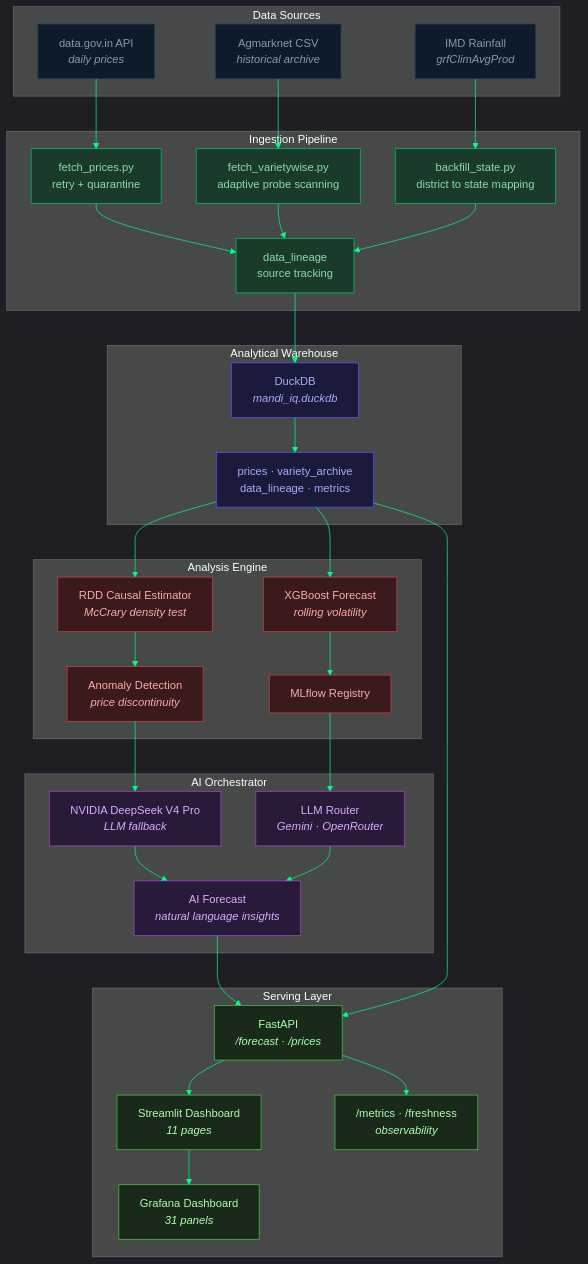
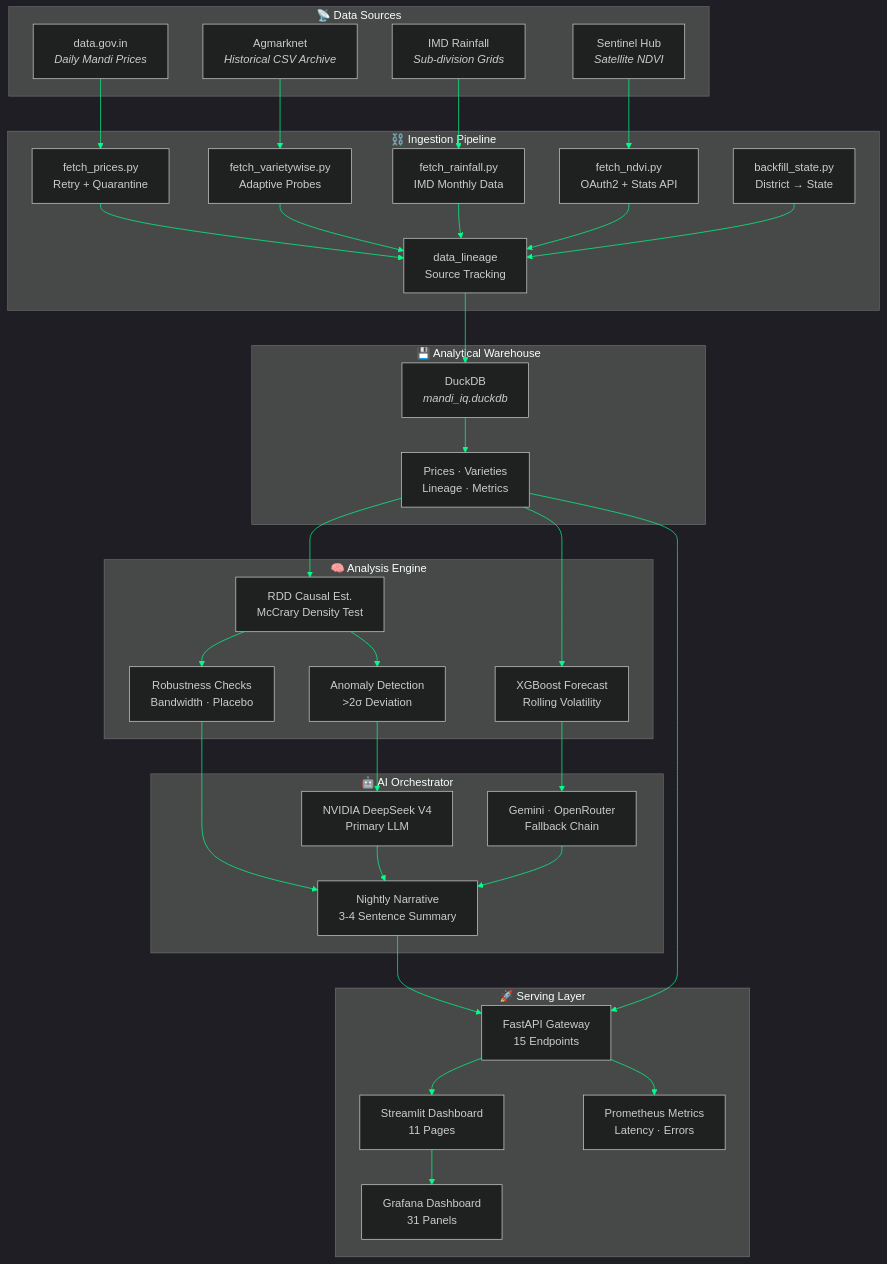
The diagram in README.md (flawsom/test-mandi), drawn with Mermaid before and after one commit. The commit also changed other lines of this file and 37 other files, not shown here.

````diff
--- a/README.md
+++ b/README.md
@@ -28,76 +258,70 @@
 ```mermaid
-%%{init: {'theme': 'dark', 'themeVariables': { 'primaryColor': '#1a1a2e', 'primaryTextColor': '#e0e0e0', 'lineColor': '#00ff88' }}}%%
-graph TB
-    subgraph Data_Sources["Data Sources"]
-        A1["data.gov.in API<br/><i>daily prices</i>"]
-        A2["Agmarknet CSV<br/><i>historical archive</i>"]
-        A3["IMD Rainfall<br/><i>grfClimAvgProd</i>"]
+%%{init: {'theme': 'dark', 'themeVariables': { 'primaryColor': '#0B0F1E', 'primaryTextColor': '#E0E0E0', 'lineColor': '#00FF88', 'secondaryColor': '#1A3A2A', 'tertiaryColor': '#1A1A3A' }}}%%
+flowchart TB
+    subgraph Sources["📡 Data Sources"]
+        A1["data.gov.in<br/><i>Daily Mandi Prices</i>"]
+        A2["Agmarknet<br/><i>Historical CSV Archive</i>"]
+        A3["IMD Rainfall<br/><i>Sub-division Grids</i>"]
+        A4["Sentinel Hub<br/><i>Satellite NDVI</i>"]
     end
 
-    subgraph Ingestion["Ingestion Pipeline"]
-        B1["fetch_prices.py<br/>retry + quarantine"]
-        B2["fetch_varietywise.py<br/>adaptive probe scanning"]
-        B3["backfill_state.py<br/>district to state mapping"]
-        B4["data_lineage<br/>source tracking"]
+    subgraph Ingest["⛓️ Ingestion Pipeline"]
+        B1["fetch_prices.py<br/>Retry + Quarantine"]
+        B2["fetch_varietywise.py<br/>Adaptive Probes"]
+        B3["fetch_rainfall.py<br/>IMD Monthly Data"]
+        B4["fetch_ndvi.py<br/>OAuth2 + Stats API"]
+        B5["backfill_state.py<br/>District → State"]
+        B6["data_lineage<br/>Source Tracking"]
     end
 
-    subgraph Warehouse["Analytical Warehouse"]
+    subgraph Store["💾 Analytical Warehouse"]
         C1["DuckDB<br/><i>mandi_iq.duckdb</i>"]
-        C2["prices &middot; variety_archive<br/>data_lineage &middot; metrics"]
+        C2["Prices · Varieties<br/>Lineage · Metrics"]
     end
 
-    subgraph Analysis["Analysis Engine"]
-        D1["RDD Causal Estimator<br/><i>McCrary density test</i>"]
-        D2["XGBoost Forecast<br/><i>rolling volatility</i>"]
-        D3["Anomaly Detection<br/><i>price discontinuity</i>"]
-        D4["MLflow Registry"]
+    subgraph Analysis["🧠 Analysis Engine"]
+        D1["RDD Causal Est.<br/>McCrary Density Test"]
+        D2["XGBoost Forecast<br/>Rolling Volatility"]
+        D3["Anomaly Detection<br/>>2σ Deviation"]
+        D4["Robustness Checks<br/>Bandwidth · Placebo"]
     end
 
-    subgraph AI_Orch["AI Orchestrator"]
-        E1["NVIDIA DeepSeek V4 Pro<br/><i>LLM fallback</i>"]
-        E2["LLM Router<br/><i>Gemini &middot; OpenRouter</i>"]
-        E3["AI Forecast<br/><i>natural language insights</i>"]
+    subgraph AI["🤖 AI Orchestrator"]
+        E1["NVIDIA DeepSeek V4<br/>Primary LLM"]
+        E2["Gemini · OpenRouter<br/>Fallback Chain"]
+        E3["Nightly Narrative<br/>3-4 Sentence Summary"]
     end
 
-    subgraph Serving["Serving Layer"]
-        F1["FastAPI<br/><i>/forecast &middot; /prices</i>"]
-        F2["Streamlit Dashboard<br/><i>11 pages</i>"]
-        F3["Grafana Dashboard<br/><i>31 panels</i>"]
-        F4["/metrics &middot; /freshness<br/><i>observability</i>"]
+    subgraph Serve["🚀 Serving Layer"]
+        F1["FastAPI Gateway<br/>15 Endpoints"]
+        F2["Streamlit Dashboard<br/>11 Pages"]
+        F3["Grafana Dashboard<br/>31 Panels"]
+        F4["Prometheus Metrics<br/>Latency · Errors"]
     end
 
     A1 --> B1
     A2 --> B2
     A3 --> B3
-    B1 --> B4
-    B2 --> B4
-    B3 --> B4
-    B4 --> C1
+    A4 --> B4
+    B1 --> B6
+    B2 --> B6
+    B3 --> B6
+    B4 --> B6
+    B5 --> B6
+    B6 --> C1
     C1 --> C2
     C2 --> D1
     C2 --> D2
     D1 --> D3
-    D2 --> D4
+    D1 --> D4
     D3 --> E1
-    D4 --> E2
+    D2 --> E2
+    D4 --> E3
     E1 --> E3
     E2 --> E3
     E3 --> F1
     C2 --> F1
     F1 --> F2
     F1 --> F4
     F2 --> F3
-
-    classDef source fill:#0d1b2a,stroke:#1b3a5c,color:#8899aa
-    classDef ingest fill:#1a3a2a,stroke:#00cc66,color:#88ddaa
-    classDef store fill:#1a1a3a,stroke:#5555ff,color:#aaaaff
-    classDef analyze fill:#3a1a1a,stroke:#cc4444,color:#ffaaaa
-    classDef ai fill:#2a1a3a,stroke:#aa44cc,color:#ddaaff
-    classDef serve fill:#1a2a1a,stroke:#44cc44,color:#aaffaa
-    class A1,A2,A3 source
-    class B1,B2,B3,B4 ingest
-    class C1,C2 store
-    class D1,D2,D3,D4 analyze
-    class E1,E2,E3 ai
-    class F1,F2,F3,F4 serve
 ```
````
